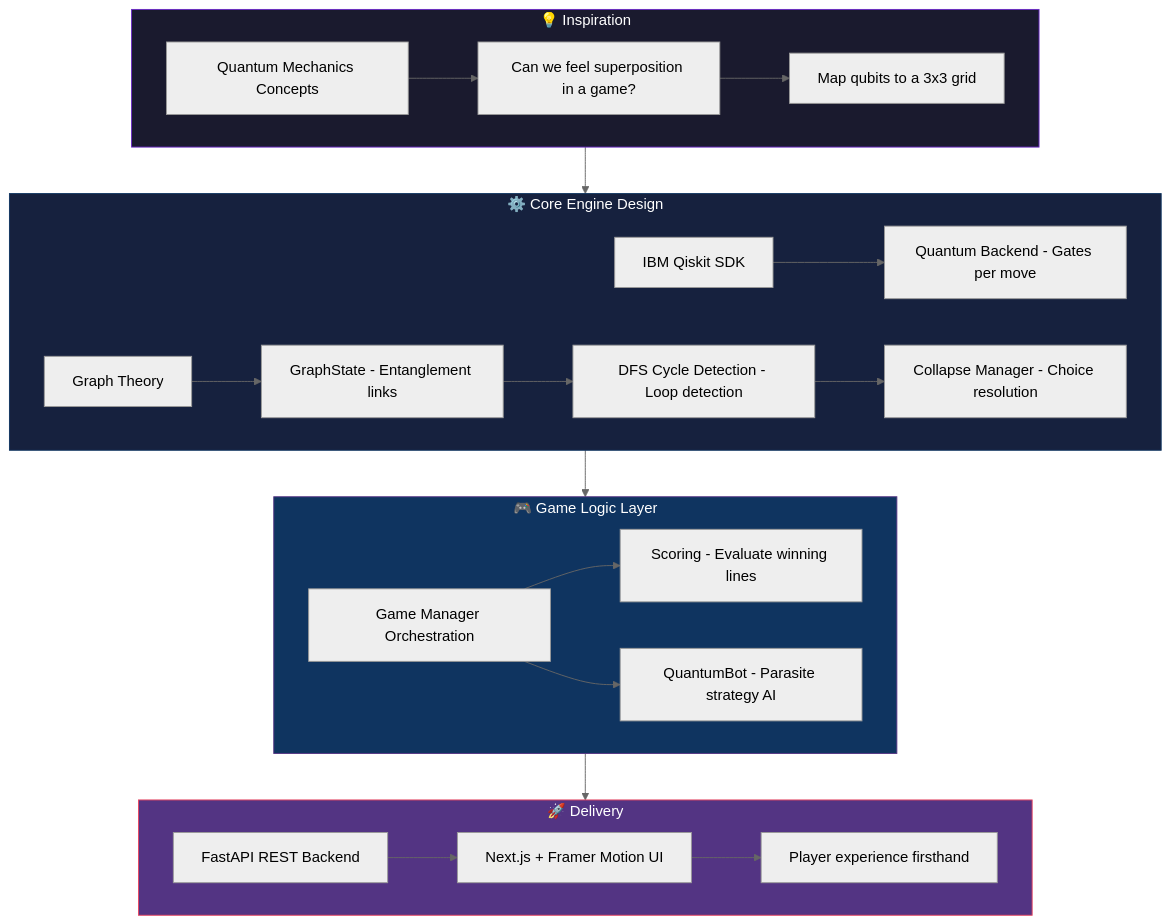
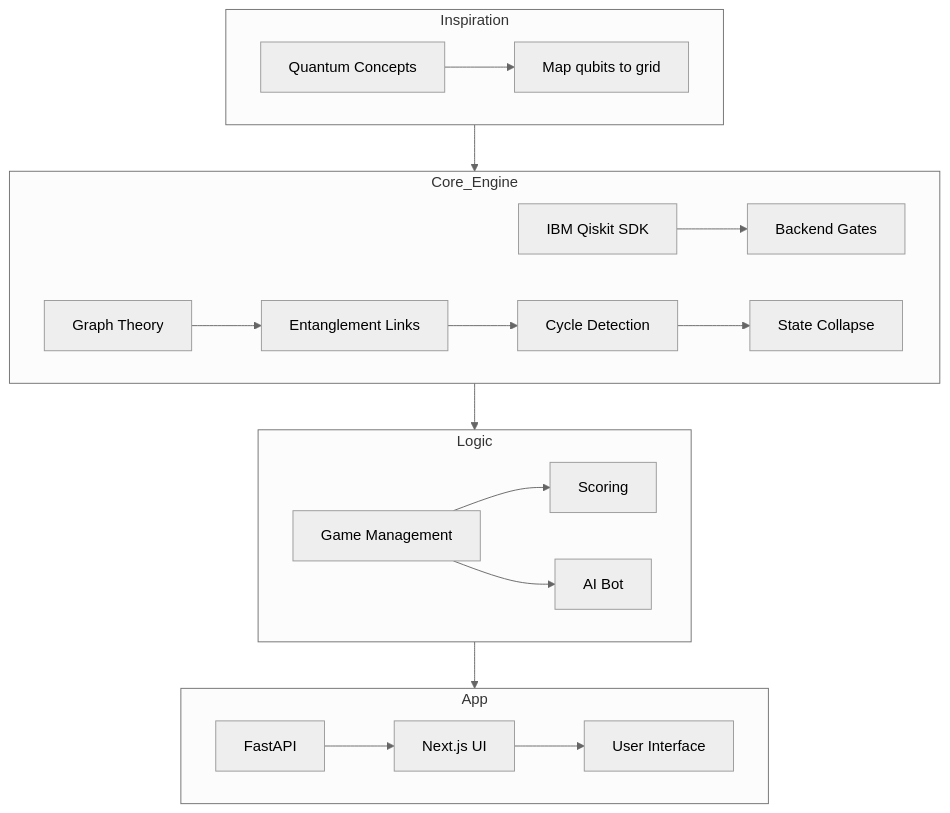
One commit to Temitope15/Quantum-tic-tac-toe changed the second of 2 diagrams in README.md. Above: the diagram before and after it, drawn with Mermaid (neutral theme). The commit also changed other lines of this file and 1 other file, not shown here.

Commit message:
chore: move runtime configuration to project root and update README documentation and diagrams

````diff
--- a/README.md
+++ b/README.md
@@ -186,33 +189,27 @@
 ```mermaid
 flowchart TB
-    subgraph INSPIRATION["💡 Inspiration"]
-        A["Quantum Mechanics Concepts"] --> B["Can we feel superposition in a game?"]
-        B --> C["Map qubits to a 3x3 grid"]
+    subgraph Inspiration
+        A[Quantum Concepts] --> B[Map qubits to grid]
     end
 
-    subgraph CORE_ENGINE["⚙️ Core Engine Design"]
-        D["IBM Qiskit SDK"] --> E["Quantum Backend - Gates per move"]
-        F["Graph Theory"] --> G["GraphState - Entanglement links"]
-        G --> H["DFS Cycle Detection - Loop detection"]
-        H --> I["Collapse Manager - Choice resolution"]
+    subgraph Core_Engine
+        D[IBM Qiskit SDK] --> E[Backend Gates]
+        F[Graph Theory] --> G[Entanglement Links]
+        G --> H[Cycle Detection]
+        H --> I[State Collapse]
     end
 
-    subgraph GAME_LOGIC["🎮 Game Logic Layer"]
-        J["Game Manager Orchestration"] --> K["Scoring - Evaluate winning lines"]
-        J --> L["QuantumBot - Parasite strategy AI"]
+    subgraph Logic
+        J[Game Management] --> K[Scoring]
+        J --> L[AI Bot]
     end
 
-    subgraph DELIVERY["🚀 Delivery"]
-        M["FastAPI REST Backend"] --> N["Next.js + Framer Motion UI"]
-        N --> O["Player experience firsthand"]
+    subgraph App
+        M[FastAPI] --> N[Next.js UI]
+        N --> O[User Interface]
     end
 
-    INSPIRATION --> CORE_ENGINE
-    CORE_ENGINE --> GAME_LOGIC
-    GAME_LOGIC --> DELIVERY
-
-    style INSPIRATION fill:#1a1a2e,stroke:#6929C4,color:#fff
-    style CORE_ENGINE fill:#16213e,stroke:#0f3460,color:#fff
-    style GAME_LOGIC fill:#0f3460,stroke:#533483,color:#fff
-    style DELIVERY fill:#533483,stroke:#e94560,color:#fff
+    Inspiration --> Core_Engine
+    Core_Engine --> Logic
+    Logic --> App
 ```
````
